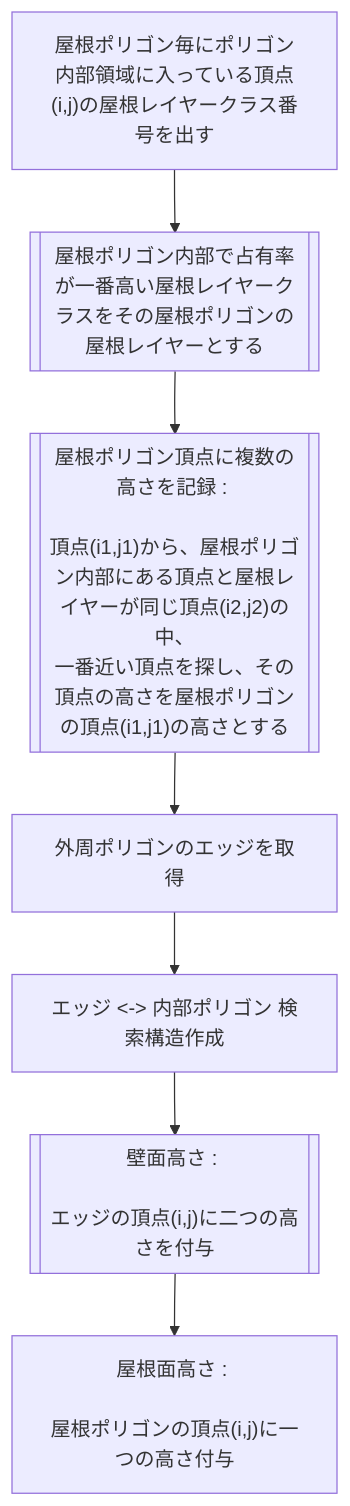
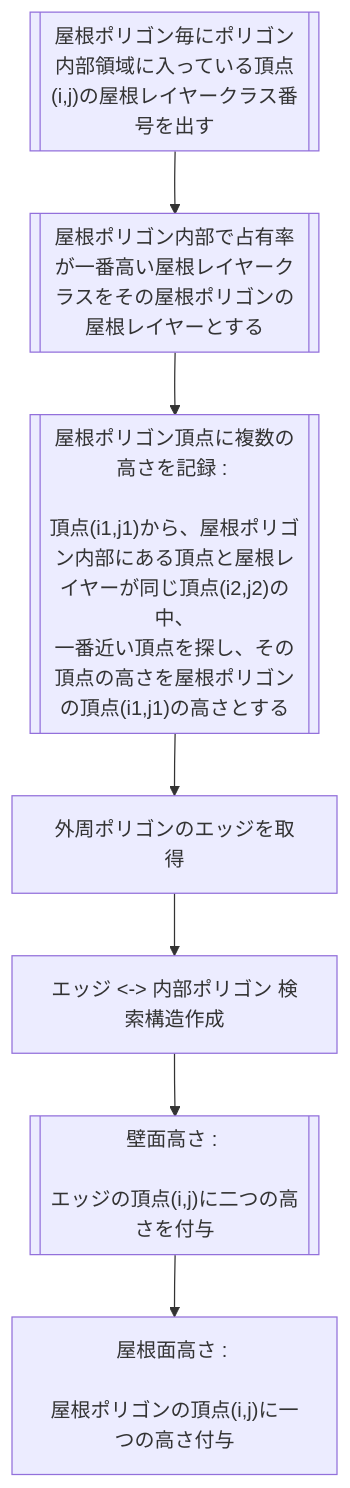
One commit to realglobe-Inc/bldg-lod2-tool-texture changed the diagram in docs/tutorials/tools/bldg-lod2-tool/non-flat-model/model-edge-height-info/README.md. Above: the diagram before and after it, drawn with Mermaid. The commit also changed other lines of this file and 21 other files, not shown here.

````diff
--- a/docs/tutorials/tools/bldg-lod2-tool/non-flat-model/model-edge-height-info/README.md
+++ b/docs/tutorials/tools/bldg-lod2-tool/non-flat-model/model-edge-height-info/README.md
@@ -5,18 +12,18 @@
 ```mermaid
 
 flowchart TB
-  node_1["屋根ポリゴン毎にポリゴン内部領域に入っている頂点(i,j)の屋根レイヤークラス番号を出す"]
+  node_1[["屋根ポリゴン毎にポリゴン内部領域に入っている頂点(i,j)の屋根レイヤークラス番号を出す"]]
   node_2[["屋根ポリゴン内部で占有率が一番高い屋根レイヤークラスをその屋根ポリゴンの屋根レイヤーとする"]]
   node_3[["屋根ポリゴン頂点に複数の高さを記録 : <br /><br />頂点(i1,j1)から、屋根ポリゴン内部にある頂点と屋根レイヤーが同じ頂点(i2,j2)の中、<br />一番近い頂点を探し、その頂点の高さを屋根ポリゴンの頂点(i1,j1)の高さとする"]]
   node_4["外周ポリゴンのエッジを取得"]
   node_5["エッジ <-> 内部ポリゴン 検索構造作成"]
   node_6[["壁面高さ : <br /><br />エッジの頂点(i,j)に二つの高さを付与"]]
   node_7["屋根面高さ : <br /><br />屋根ポリゴンの頂点(i,j)に一つの高さ付与"]
 
   node_1 --> node_2
   node_2 --> node_3
   node_3 --> node_4
   node_4 --> node_5
   node_5 --> node_6
   node_6 --> node_7
 ```
````
